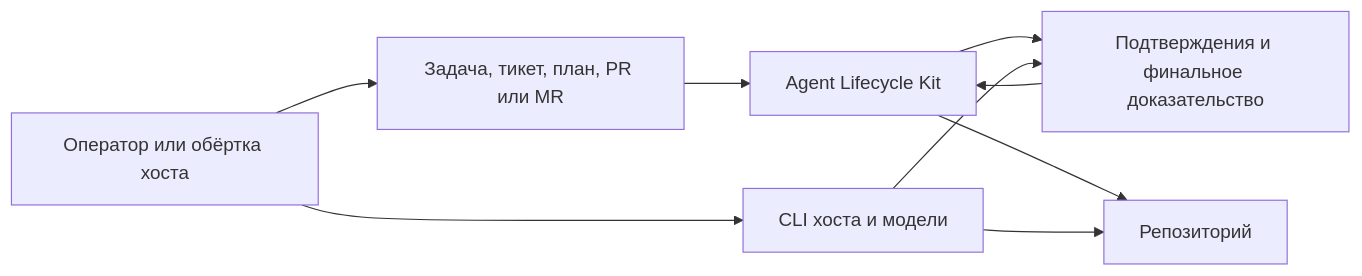
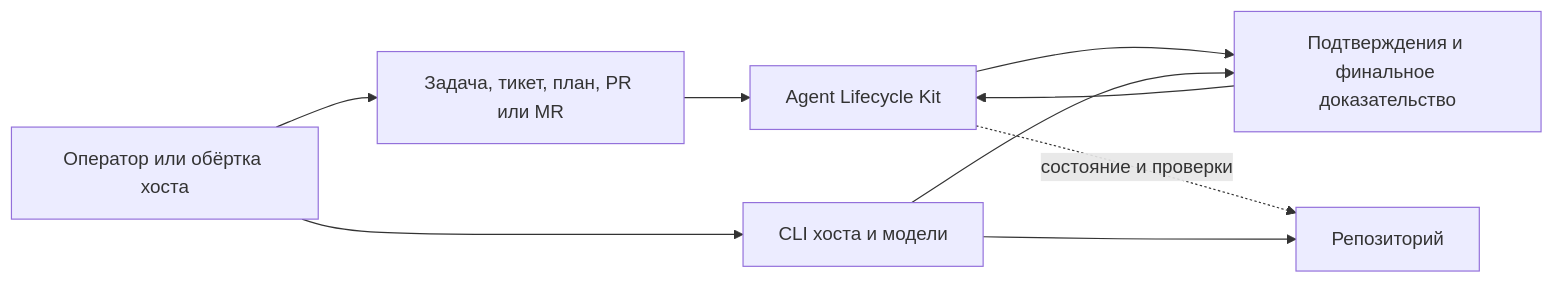
Before and after one commit to avksp/agent-lifecycle-kit: the first of 15 diagrams in docs/ru/architecture/system-architecture.md, drawn with Mermaid. The commit also changed other lines of this file and 22 other files, not shown here.

````diff
--- a/docs/ru/architecture/system-architecture.md
+++ b/docs/ru/architecture/system-architecture.md
@@ -25,18 +35,18 @@
 ```mermaid
 flowchart LR
   operator[Оператор или обёртка хоста]
   request[Задача, тикет, план, PR или MR]
   alk[Agent Lifecycle Kit]
   hosts[CLI хоста и модели]
   repo[Репозиторий]
   evidence[Подтверждения и финальное доказательство]
 
   operator --> request
   request --> alk
   alk --> evidence
-  alk --> repo
+  alk -. состояние и проверки .-> repo
   operator --> hosts
   hosts --> repo
   hosts --> evidence
   evidence --> alk
 ```
````
